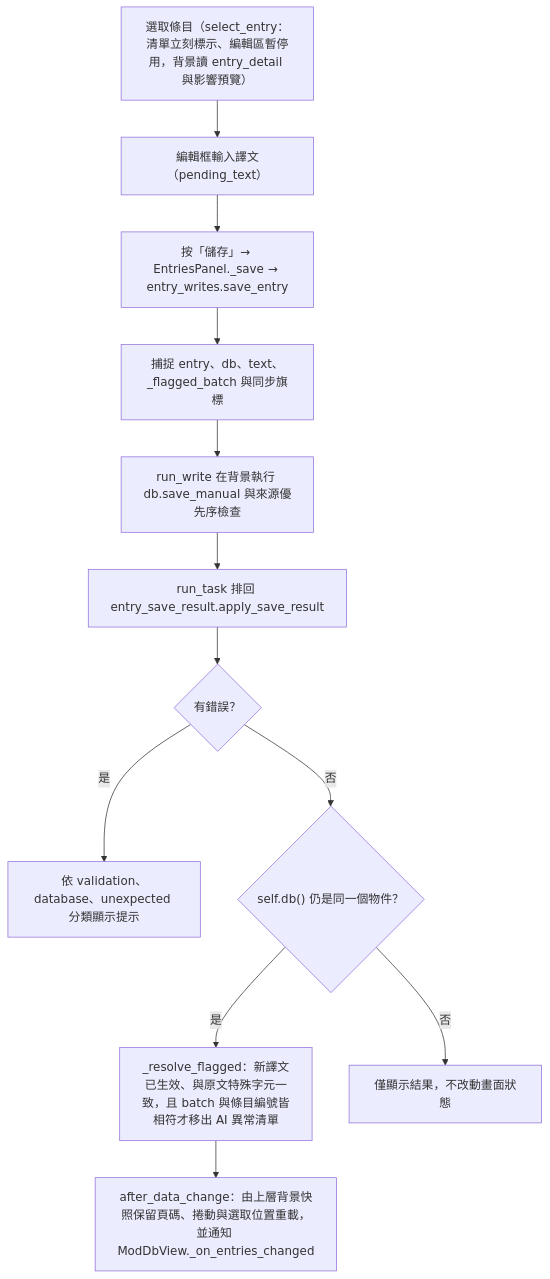
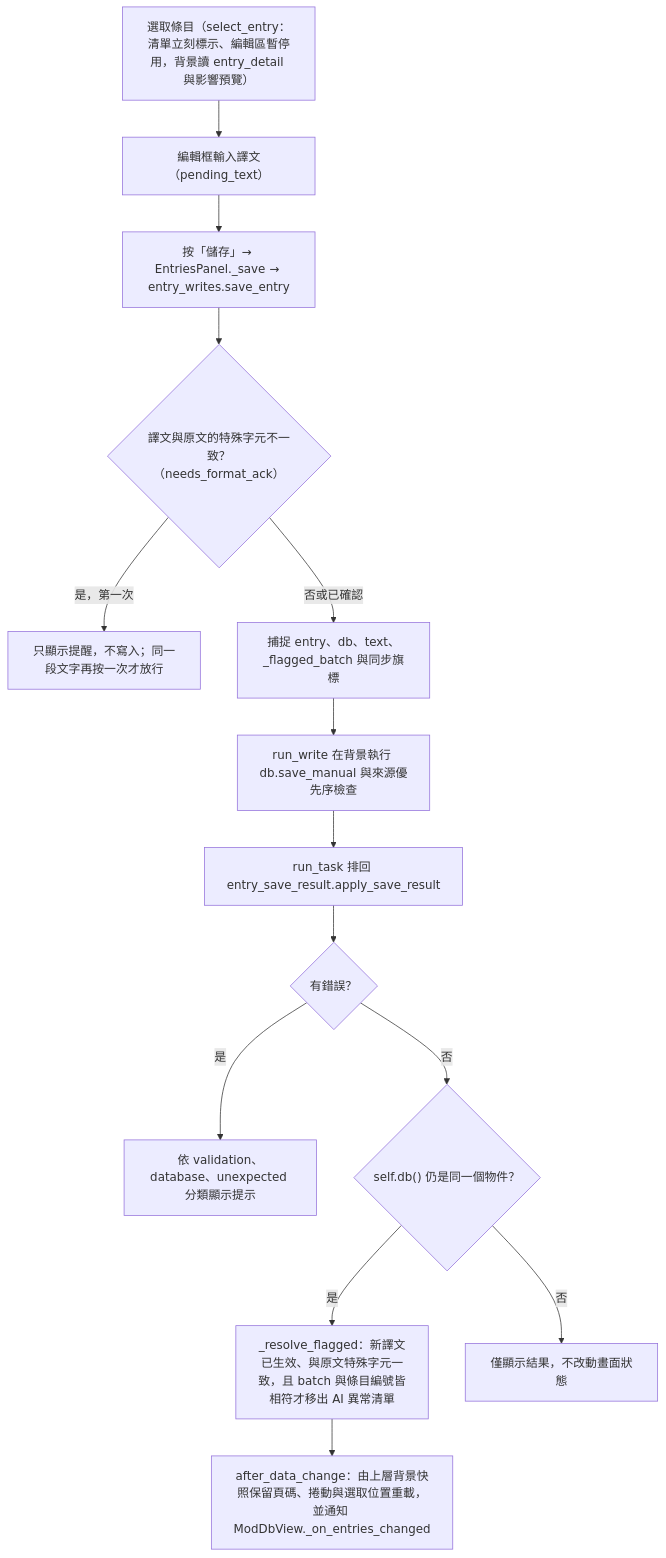
The third of 8 diagrams in docs/page_flows/moddb.md (jlin53882/Minecraft-translate), drawn with Mermaid before and after one commit. The commit also changed other lines of this file and 185 other files, not shown here.

````diff
--- a/docs/page_flows/moddb.md
+++ b/docs/page_flows/moddb.md
@@ -100,14 +102,16 @@
 ```mermaid
 flowchart TD
     A["選取條目（select_entry：清單立刻標示、編輯區暫停用，背景讀 entry_detail 與影響預覽）"] --> B["編輯框輸入譯文（pending_text）"]
     B --> C["按「儲存」→ EntriesPanel._save → entry_writes.save_entry"]
-    C --> D["捕捉 entry、db、text、_flagged_batch 與同步旗標"]
+    C --> C2{"譯文與原文的特殊字元不一致？（needs_format_ack）"}
+    C2 -- 是，第一次 --> C3["只顯示提醒，不寫入；同一段文字再按一次才放行"]
+    C2 -- 否或已確認 --> D["捕捉 entry、db、text、_flagged_batch 與同步旗標"]
     D --> E["run_write 在背景執行 db.save_manual 與來源優先序檢查"]
     E --> F["run_task 排回 entry_save_result.apply_save_result"]
     F --> G{"有錯誤？"}
     G -- 是 --> H["依 validation、database、unexpected 分類顯示提示"]
     G -- 否 --> I{"self.db() 仍是同一個物件？"}
     I -- 是 --> J["_resolve_flagged：新譯文已生效、與原文特殊字元一致，且 batch 與條目編號皆相符才移出 AI 異常清單"]
     J --> K["after_data_change：由上層背景快照保留頁碼、捲動與選取位置重載，並通知 ModDbView._on_entries_changed"]
     I -- 否 --> L["僅顯示結果，不改動畫面狀態"]
 ```
````
